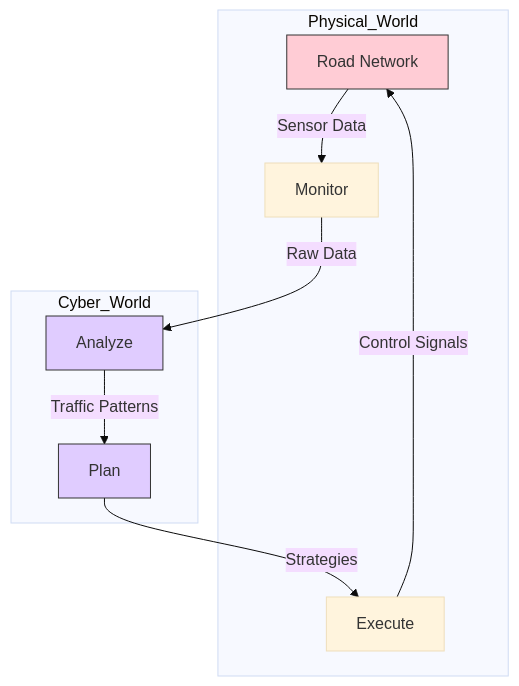
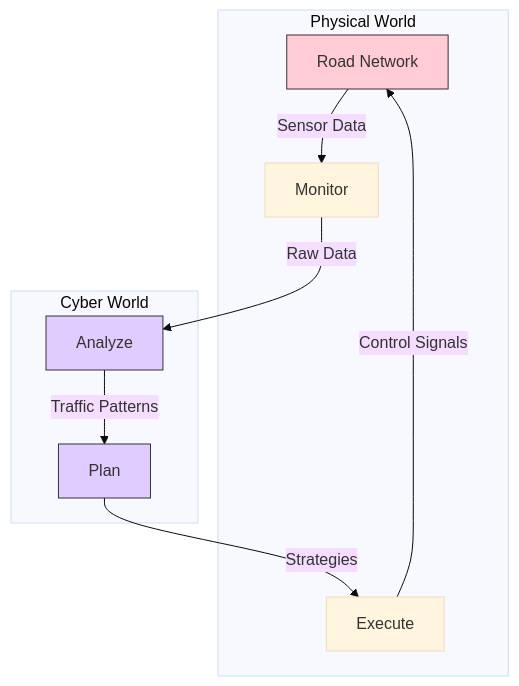
The first of 2 diagrams in docs/modules/module-01-architecture.md (mahbubchula/ITS-Course-by-Mahbub-Hassan), drawn with Mermaid (base theme) before and after one commit. The commit also changed 15 other files, not shown here.

Commit message:
Fix Mermaid syntax errors in Module 1 and 6

````diff
--- a/docs/modules/module-01-architecture.md
+++ b/docs/modules/module-01-architecture.md
@@ -41,17 +41,17 @@
 ```mermaid
 graph TD
-    subgraph Physical_World
+    subgraph Physical_World ["Physical World"]
     P1[Road Network] -->|Sensor Data| M[Monitor]
     E[Execute] -->|Control Signals| P1
     end
 
-    subgraph Cyber_World
+    subgraph Cyber_World ["Cyber World"]
     M -->|Raw Data| A[Analyze]
     A -->|Traffic Patterns| PL[Plan]
     PL -->|Strategies| E
     end
 
     style P1 fill:#ffccd5,stroke:#333
     style A fill:#e0ccff,stroke:#333
     style PL fill:#e0ccff,stroke:#333
 ```
````
